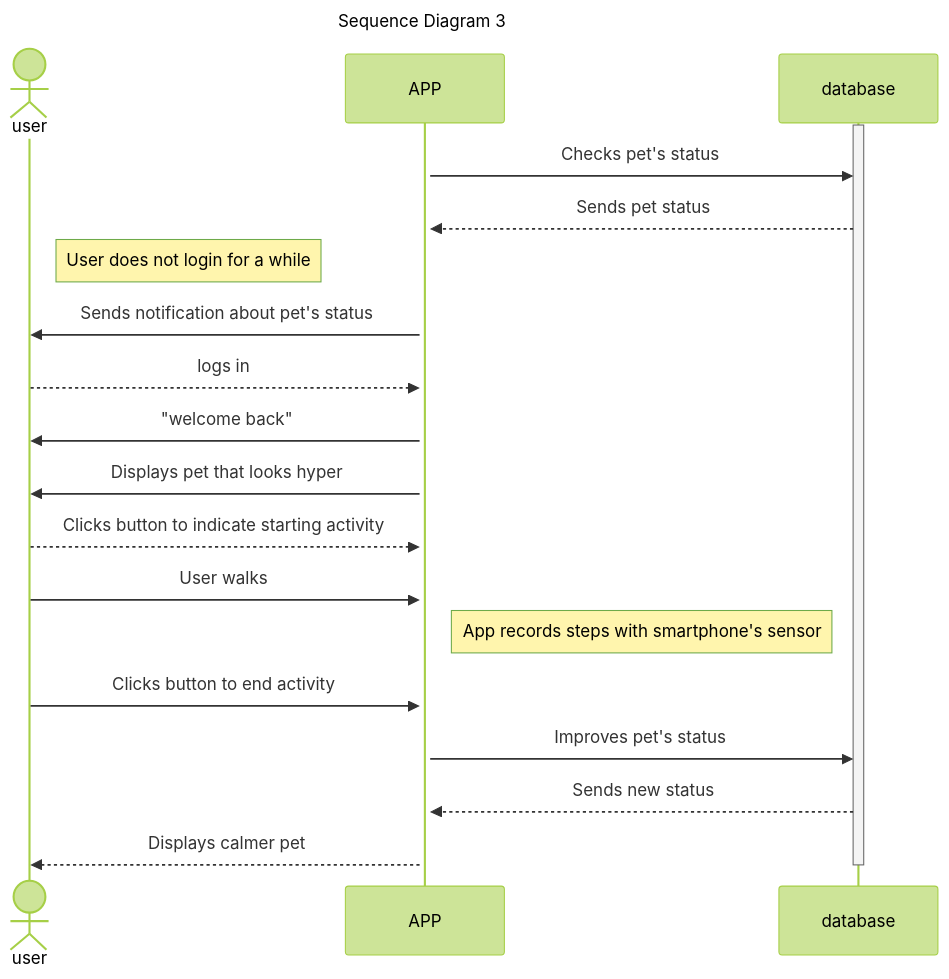
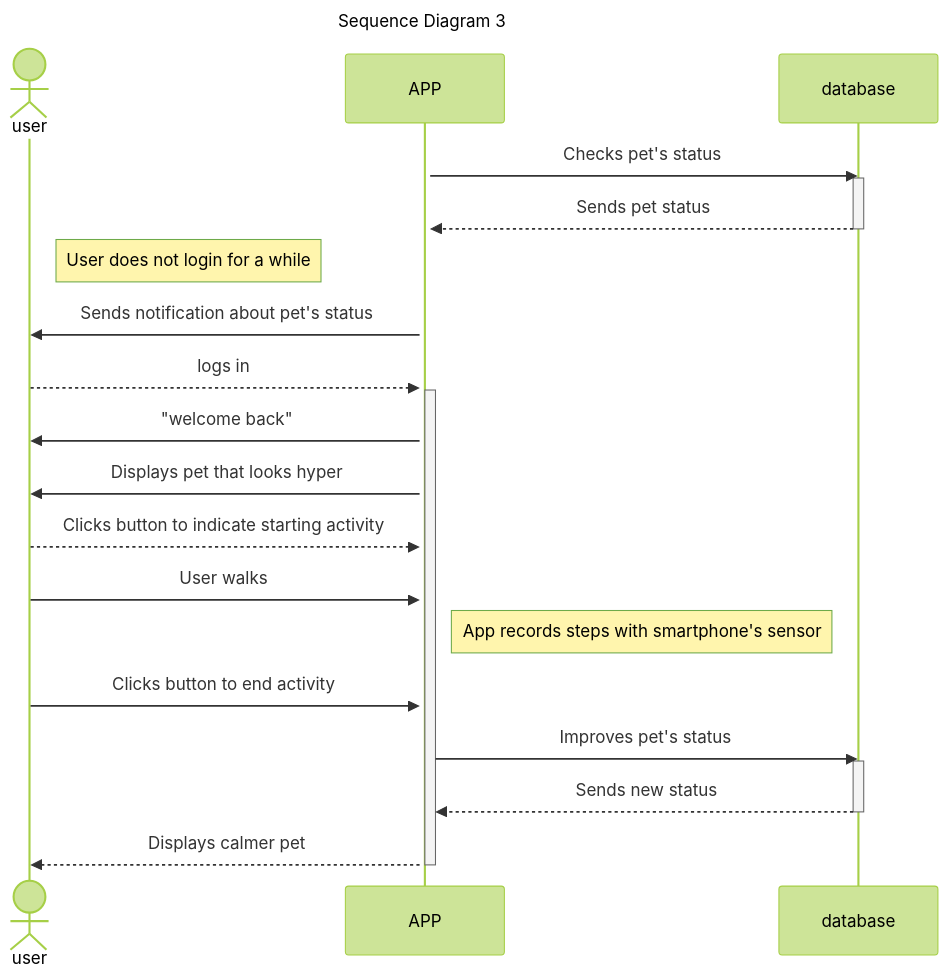
One commit to Capstone-Projects-2023-Fall/project-ar-pet-pals changed the third of 8 diagrams in documentation/docs/system-architecture/sequence-diagrams.md. Above: the diagram before and after it, drawn with Mermaid (forest theme). The commit also changed other lines of this file, not shown here.

Commit message:
edit sequence diagrams

````diff
--- a/documentation/docs/system-architecture/sequence-diagrams.md
+++ b/documentation/docs/system-architecture/sequence-diagrams.md
@@ -107,26 +122,29 @@
 ```mermaid
 sequenceDiagram
     title Sequence Diagram 3
 
     actor user
     activate APP
+    APP->>database: Checks pet's status
     activate database
-    APP->>database: Checks pet's status
     database-->>APP: Sends pet status
-
+    deactivate database
     Note right of user: User does not login for a while
 
     APP->>user: Sends notification about pet's status
     user-->>APP: logs in
+    activate APP
     APP->>user: "welcome back"
     APP->>user: Displays pet that looks hyper
     user-->>APP: Clicks button to indicate starting activity
 
     user->>APP: User walks
     Note right of APP: App records steps with smartphone's sensor
     user->>APP: Clicks button to end activity
     APP->>database: Improves pet's status
+    activate database
     database-->>APP: Sends new status
+    deactivate database
     APP-->>user: Displays calmer pet
-    deactivate database
+    deactivate APP
 ```
````
